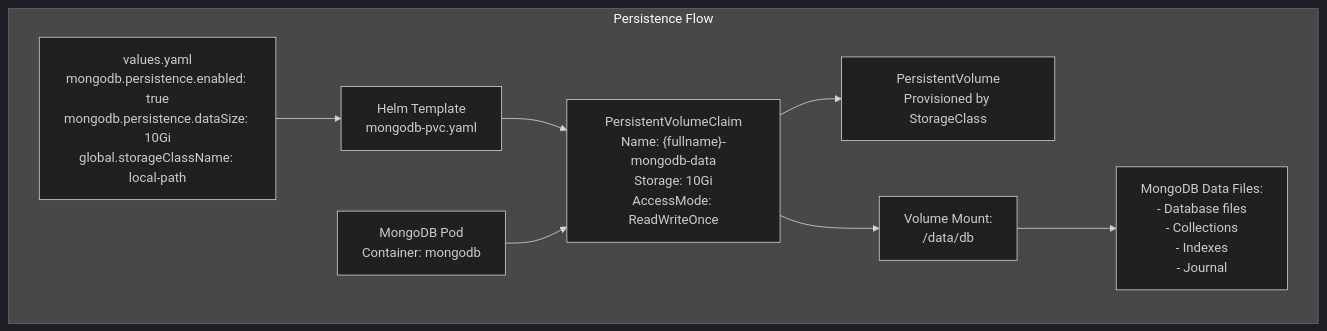
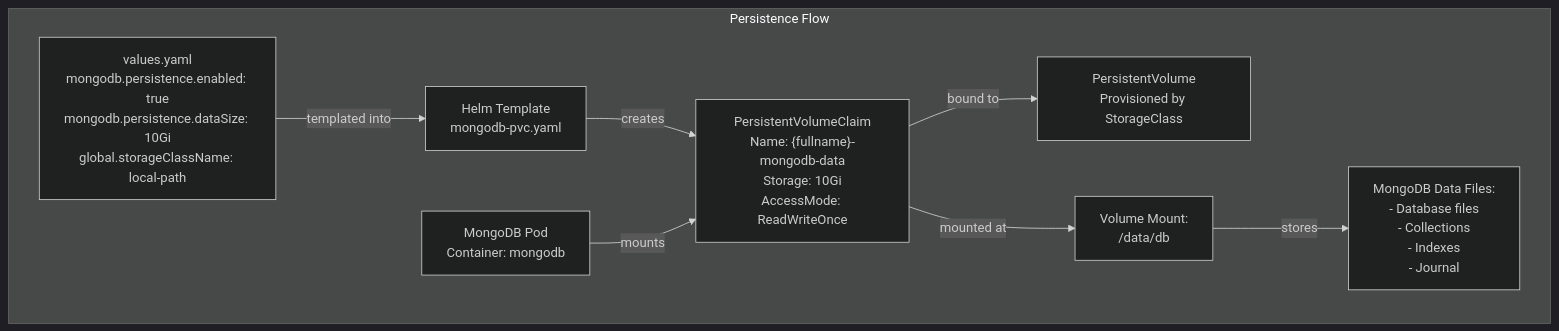
The third of 8 diagrams in docs/hyperdxio-helm-charts-docs/MongoDB.md (openchoreo/openchoreo), drawn with Mermaid (dark theme) before and after one commit. The commit also changed other lines of this file and 85 other files, not shown here.

Commit message:
feat: Add new workflow and specification templates, update Helm chart dependencies, and clarify documentation diagrams.

````diff
--- a/docs/hyperdxio-helm-charts-docs/MongoDB.md
+++ b/docs/hyperdxio-helm-charts-docs/MongoDB.md
@@ -158,27 +158,27 @@
 ```mermaid
 flowchart TD
 
 Values["values.yaml<br>mongodb.persistence.enabled: true<br>mongodb.persistence.dataSize: 10Gi<br>global.storageClassName: local-path"]
 Template["Helm Template<br>mongodb-pvc.yaml"]
 PVC["PersistentVolumeClaim<br>Name: {fullname}-mongodb-data<br>Storage: 10Gi<br>AccessMode: ReadWriteOnce"]
 PV["PersistentVolume<br>Provisioned by StorageClass"]
 Pod["MongoDB Pod<br>Container: mongodb"]
 Mount["Volume Mount:<br>/data/db"]
 Data["MongoDB Data Files:<br>- Database files<br>- Collections<br>- Indexes<br>- Journal"]
 
 subgraph subGraph0 ["Persistence Flow"]
     Values
     Template
     PVC
     PV
     Pod
     Mount
     Data
-    Values --> Template
-    Template --> PVC
-    PVC --> PV
-    Pod --> PVC
-    PVC --> Mount
-    Mount --> Data
+    Values -->|"templated into"| Template
+    Template -->|"creates"| PVC
+    PVC -->|"bound to"| PV
+    Pod -->|"mounts"| PVC
+    PVC -->|"mounted at"| Mount
+    Mount -->|"stores"| Data
 end
 ```
````
